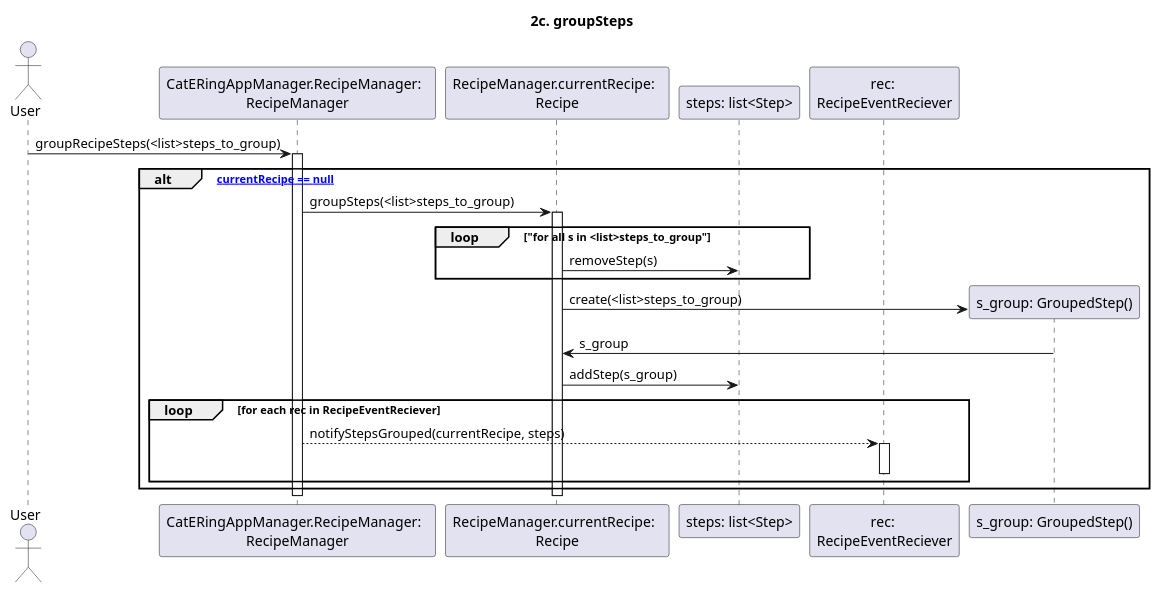
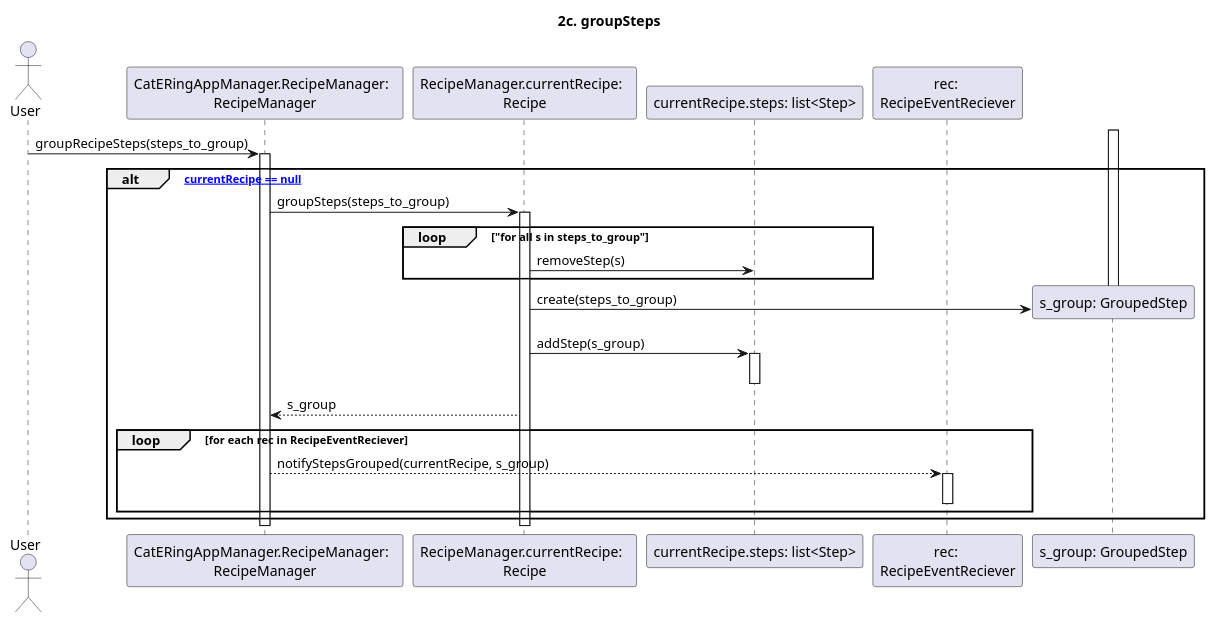
Before and after one commit to m0canu1/sas: the diagram in dsd/dsd-ricette/estensioni/2c-groupSteps.md, drawn with PlantUML. The commit also changed 2 other files, not shown here.

Commit message:
bahskdjf

````diff
--- a/dsd/dsd-ricette/estensioni/2c-groupSteps.md
+++ b/dsd/dsd-ricette/estensioni/2c-groupSteps.md
@@ -1,32 +1,36 @@
 ```plantuml
 
 title: 2c. groupSteps
 
 Actor User
 Participant "CatERingAppManager.RecipeManager:  \nRecipeManager" as RM
 Participant "RecipeManager.currentRecipe:  \nRecipe" as CR
-Participant "steps: list<Step>" as CS
+Participant "currentRecipe.steps: list<Step>" as CS
 Participant "rec: \nRecipeEventReciever" as RER
 
-User -> RM: groupRecipeSteps(<list>steps_to_group)
+User -> RM: groupRecipeSteps(steps_to_group)
 activate RM
 alt ["currentRecipe == null"]
-    RM -> CR: groupSteps(<list>steps_to_group)
+    RM -> CR: groupSteps(steps_to_group)
     activate CR
-    loop "for all s in <list>steps_to_group"
+    loop "for all s in steps_to_group"
         CR -> CS: removeStep(s)
     end
-    create "s_group: GroupedStep()"
-    CR -> "s_group: GroupedStep()": create(<list>steps_to_group)
-    "s_group: GroupedStep()" -> CR: s_group
+    create "s_group: GroupedStep"
+    activate "s_group: GroupedStep"
+    CR -> "s_group: GroupedStep": create(steps_to_group)
+    deactivate "s_group: GroupedStep"
     CR -> CS: addStep(s_group)
+    activate CS
+    deactivate CS
+    CR --> RM: s_group
     loop for each rec in RecipeEventReciever
-        RM --> RER: notifyStepsGrouped(currentRecipe, steps)
+        RM --> RER: notifyStepsGrouped(currentRecipe, s_group)
         activate RER
         deactivate RER
     end
 end
 deactivate CR
 deactivate RM
 
 ```
````
